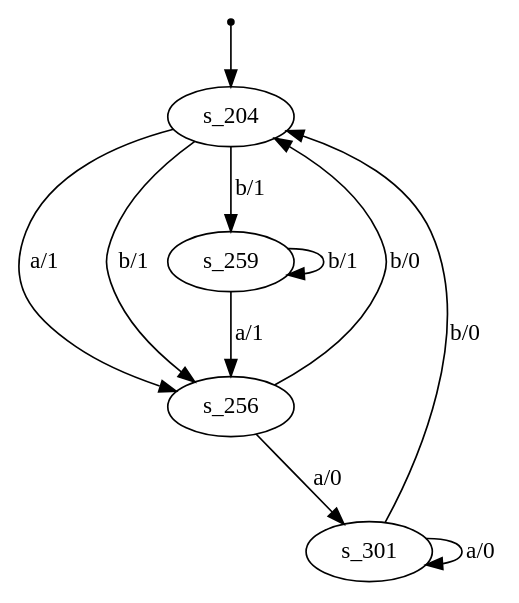
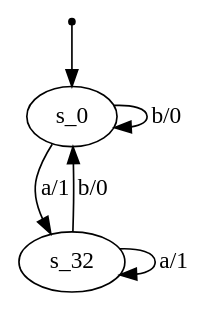
Before and after one commit to gaellinkeu/RNN-for-Mealy-Machines: the diagram in FSMs_visuals/fsm0_0.6_extracted.dot, drawn with Graphviz. The commit also changed 369 other files, not shown here.

```diff
--- a/FSMs_visuals/fsm0_0.6_extracted.dot
+++ b/FSMs_visuals/fsm0_0.6_extracted.dot
@@ -1,17 +1,10 @@
 digraph fsm {
-	s_204 [root=true]
-	s_256
-	s_301
-	s_259
+	s_0 [root=true]
+	s_32
 	qi [shape = point]
-	qi -> s_204
-	s_204 -> s_256 [label="a/1"]
-	s_256 -> s_301 [label="a/0"]
-	s_301 -> s_301 [label="a/0"]
-	s_301 -> s_204 [label="b/0"]
-	s_204 -> s_259 [label="b/1"]
-	s_259 -> s_259 [label="b/1"]
-	s_256 -> s_204 [label="b/0"]
-	s_259 -> s_256 [label="a/1"]
-	s_204 -> s_256 [label="b/1"]
+	qi -> s_0
+	s_0 -> s_32 [label="a/1"]
+	s_32 -> s_0 [label="b/0"]
+	s_0 -> s_0 [label="b/0"]
+	s_32 -> s_32 [label="a/1"]
 }
```
